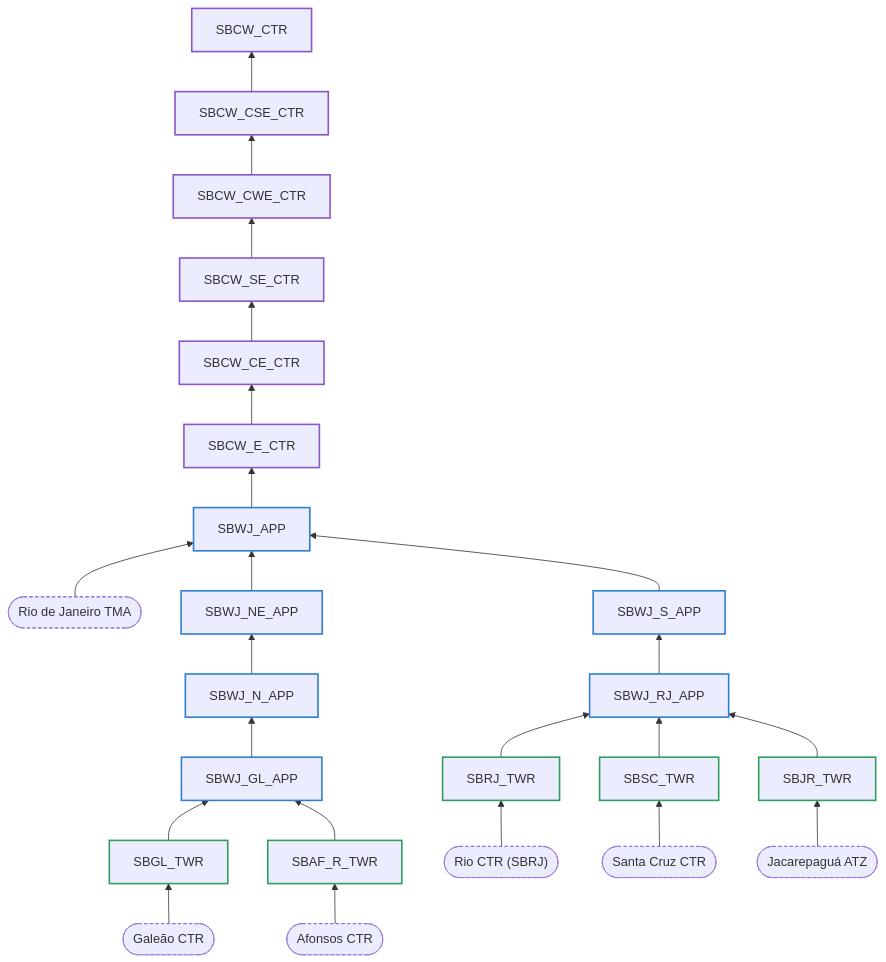
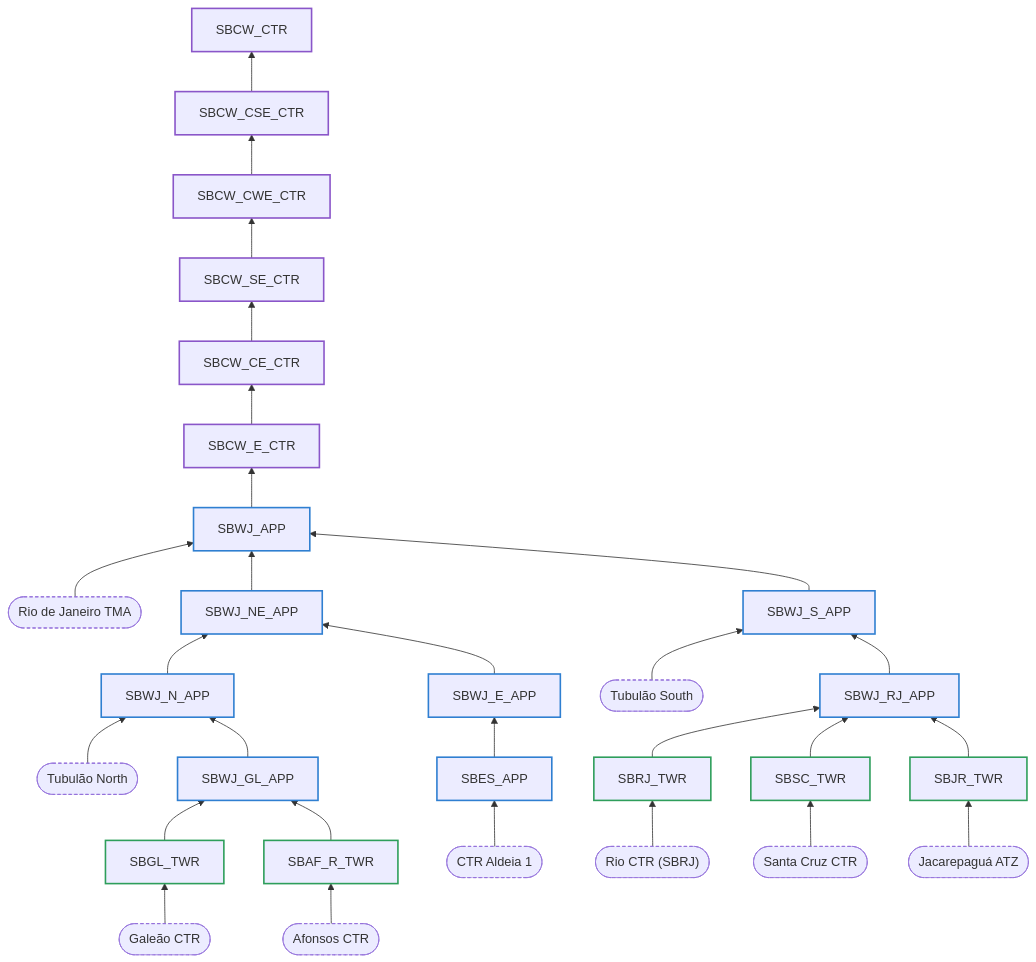
Before and after one commit to vatsim-brasil/atc-docs: the diagram in docs/MOP/terminais/sbcw-curitiba/SBWJ.en.md, drawn with Mermaid. The commit also changed other lines of this file and 1 other file, not shown here.

First line of the commit message:
docs(terminais): document the Tubulão delegation and Aldeia Control on SBWJ

````diff
--- a/docs/MOP/terminais/sbcw-curitiba/SBWJ.en.md
+++ b/docs/MOP/terminais/sbcw-curitiba/SBWJ.en.md
@@ -100,46 +120,53 @@
     ```mermaid
     flowchart BT
         p0["SBCW_CTR"]:::ctr
         p1["SBCW_CSE_CTR"]:::ctr
         p2["SBCW_CWE_CTR"]:::ctr
         p3["SBCW_SE_CTR"]:::ctr
         p4["SBCW_CE_CTR"]:::ctr
         p5["SBCW_E_CTR"]:::ctr
         p6["SBWJ_APP"]:::app
         p7["SBWJ_NE_APP"]:::app
         p8["SBWJ_N_APP"]:::app
         p9["SBWJ_GL_APP"]:::app
         p10["SBGL_TWR"]:::twr
         p11["SBWJ_S_APP"]:::app
         p12["SBWJ_RJ_APP"]:::app
         p13["SBRJ_TWR"]:::twr
         p14["SBSC_TWR"]:::twr
         p15["SBAF_R_TWR"]:::twr
         p16["SBJR_TWR"]:::twr
+        p17["SBWJ_E_APP"]:::app
+        p18["SBES_APP"]:::app
         a0(["Rio de Janeiro TMA"]):::esp --> p6
         a1(["Galeão CTR"]):::esp --> p10
         a2(["Rio CTR (SBRJ)"]):::esp --> p13
         a3(["Santa Cruz CTR"]):::esp --> p14
         a4(["Afonsos CTR"]):::esp --> p15
         a5(["Jacarepaguá ATZ"]):::esp --> p16
+        a6(["CTR Aldeia 1"]):::esp --> p18
+        a7(["Tubulão North"]):::esp --> p8
+        a8(["Tubulão South"]):::esp --> p11
         p1 --> p0
         p2 --> p1
         p3 --> p2
         p4 --> p3
         p5 --> p4
         p6 --> p5
         p7 --> p6
         p8 --> p7
         p9 --> p8
         p10 --> p9
         p11 --> p6
         p12 --> p11
         p13 --> p12
         p14 --> p12
         p15 --> p9
         p16 --> p12
+        p17 --> p7
+        p18 --> p17
         classDef esp stroke-dasharray:4 3
         classDef twr stroke:#2e9e5b,stroke-width:2px
         classDef app stroke:#2f7fd1,stroke-width:2px
         classDef ctr stroke:#8a56c9,stroke-width:2px
     ```
````
